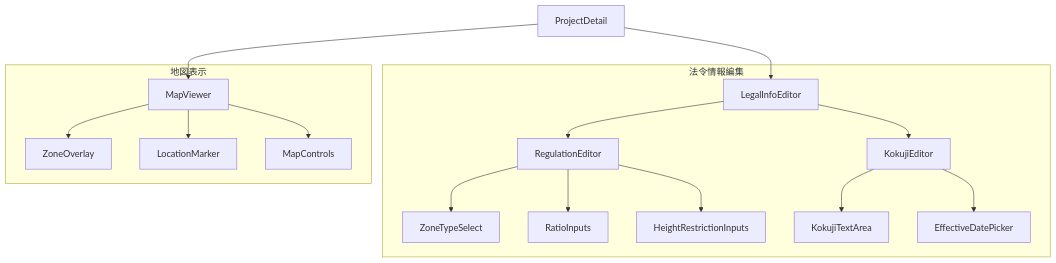
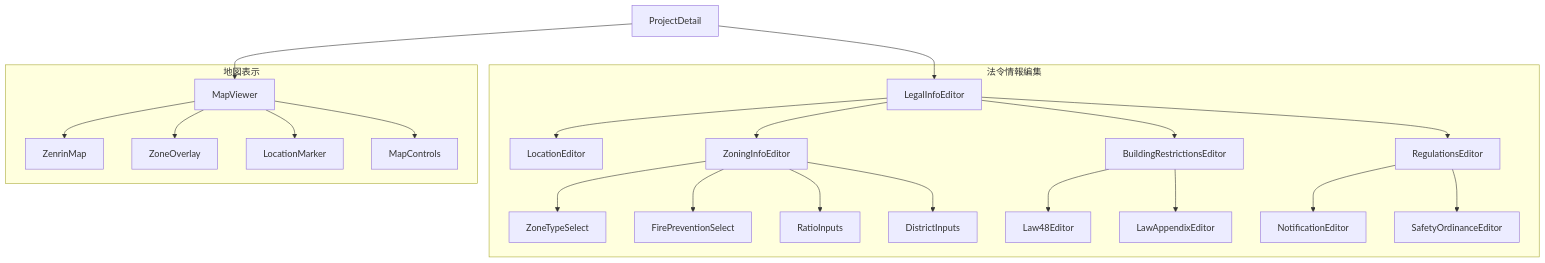
Before and after one commit to kamekamek/legal_api: diagram 12 of 16 in docs/development-schema.md, drawn with Mermaid. The commit also changed other lines of this file and 2 other files, not shown here.

First line of the commit message:
docs: Add TODO list and enhance legal document schema documentation

````diff
--- a/docs/development-schema.md
+++ b/docs/development-schema.md
@@ -341,23 +439,30 @@
 ```mermaid
 graph TD
     A[ProjectDetail] --> B[LegalInfoEditor]
     A --> C[MapViewer]
     
     subgraph "法令情報編集"
-        B --> D[RegulationEditor]
-        B --> E[KokujiEditor]
+        B --> D[LocationEditor]
+        B --> E[ZoningInfoEditor]
+        B --> F[BuildingRestrictionsEditor]
+        B --> G[RegulationsEditor]
         
-        D --> F[ZoneTypeSelect]
-        D --> G[RatioInputs]
-        D --> H[HeightRestrictionInputs]
+        E --> E1[ZoneTypeSelect]
+        E --> E2[FirePreventionSelect]
+        E --> E3[RatioInputs]
+        E --> E4[DistrictInputs]
         
-        E --> I[KokujiTextArea]
-        E --> J[EffectiveDatePicker]
+        F --> F1[Law48Editor]
+        F --> F2[LawAppendixEditor]
+        
+        G --> G1[NotificationEditor]
+        G --> G2[SafetyOrdinanceEditor]
     end
     
     subgraph "地図表示"
-        C --> K[ZoneOverlay]
-        C --> L[LocationMarker]
-        C --> M[MapControls]
+        C --> H[ZenrinMap]
+        C --> I[ZoneOverlay]
+        C --> J[LocationMarker]
+        C --> K[MapControls]
     end
 ```
````
